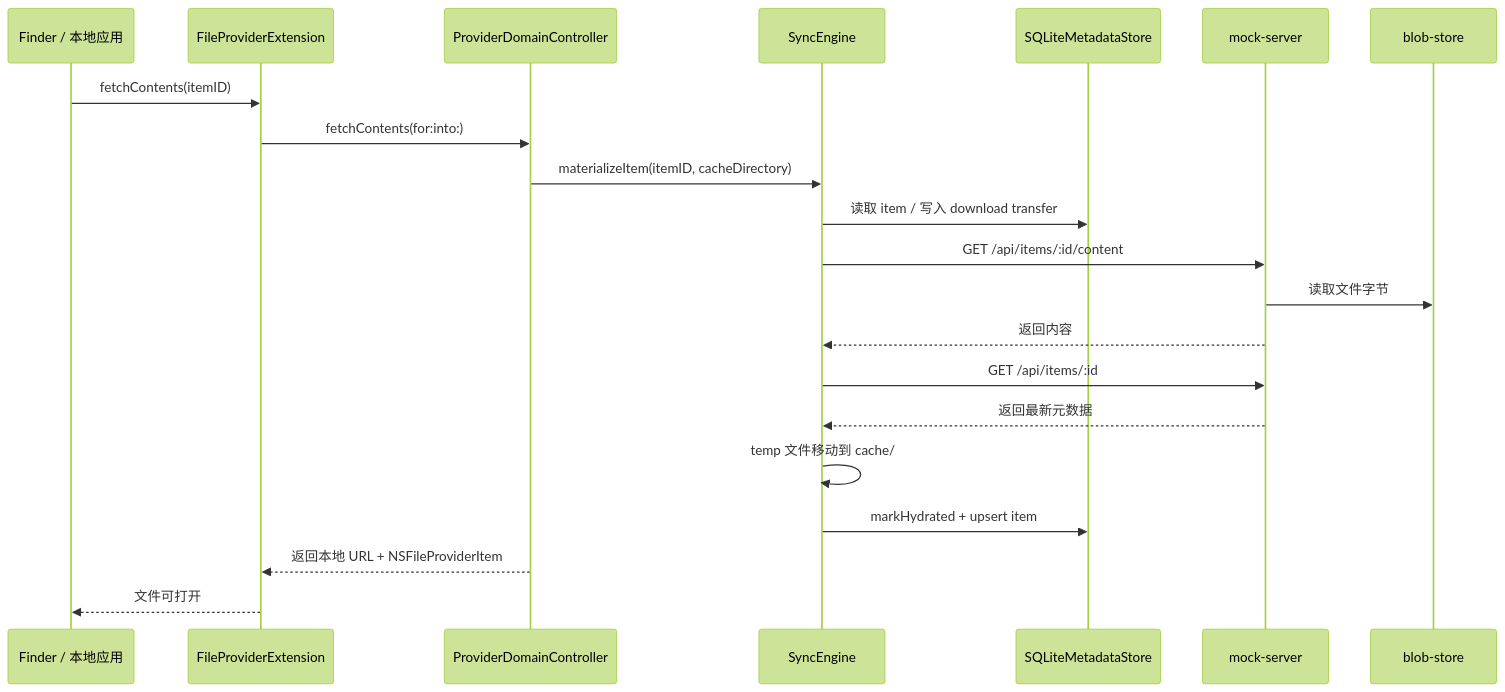
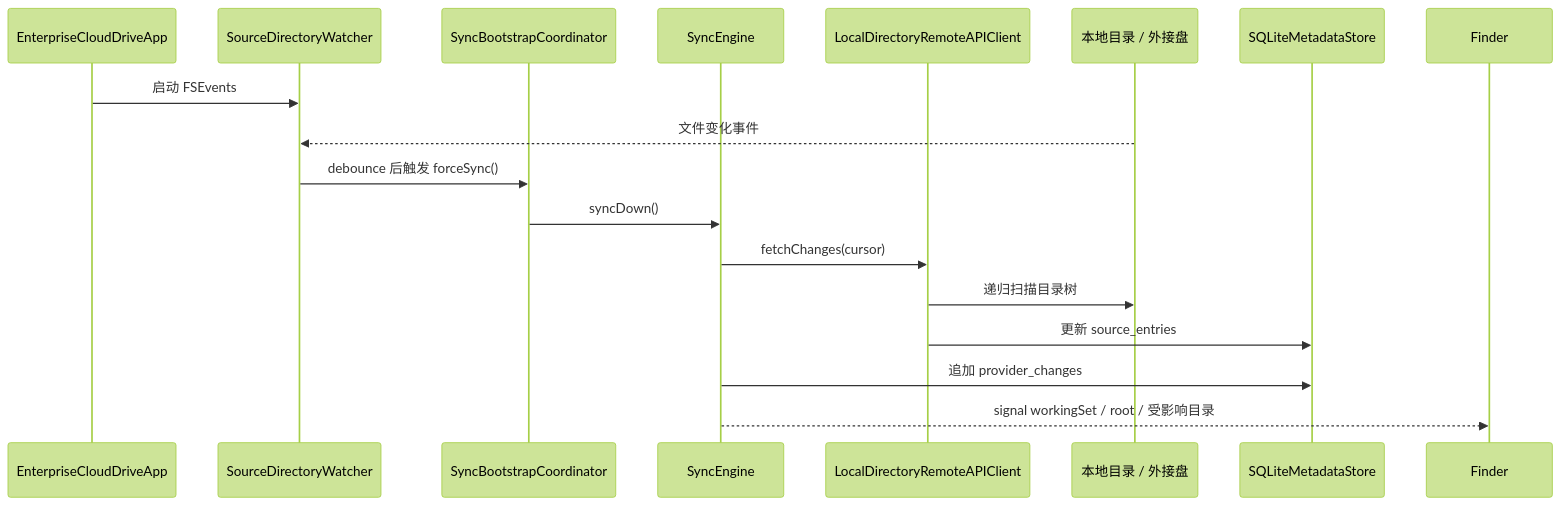
Before and after one commit to peiel/cloud-placeholders: the third of 5 diagrams in docs/architecture.md, drawn with Mermaid (forest theme). The commit also changed other lines of this file and 34 other files, not shown here.

````diff
--- a/docs/architecture.md
+++ b/docs/architecture.md
@@ -70,24 +76,21 @@
 ```mermaid
 sequenceDiagram
-    participant Finder as Finder / 本地应用
-    participant FP as FileProviderExtension
-    participant Ctrl as ProviderDomainController
+    participant App as EnterpriseCloudDriveApp
+    participant Watcher as SourceDirectoryWatcher
+    participant Bootstrap as SyncBootstrapCoordinator
     participant Sync as SyncEngine
-    participant DB as SQLiteMetadataStore
-    participant Server as mock-server
-    participant Blob as blob-store
+    participant Local as LocalDirectoryRemoteAPIClient
+    participant Source as 本地目录 / 外接盘
+    participant Store as SQLiteMetadataStore
+    participant Finder as Finder
 
-    Finder->>FP: fetchContents(itemID)
-    FP->>Ctrl: fetchContents(for:into:)
-    Ctrl->>Sync: materializeItem(itemID, cacheDirectory)
-    Sync->>DB: 读取 item / 写入 download transfer
-    Sync->>Server: GET /api/items/:id/content
-    Server->>Blob: 读取文件字节
-    Server-->>Sync: 返回内容
-    Sync->>Server: GET /api/items/:id
-    Server-->>Sync: 返回最新元数据
-    Sync->>Sync: temp 文件移动到 cache/
-    Sync->>DB: markHydrated + upsert item
-    Ctrl-->>FP: 返回本地 URL + NSFileProviderItem
-    FP-->>Finder: 文件可打开
+    App->>Watcher: 启动 FSEvents
+    Source-->>Watcher: 文件变化事件
+    Watcher->>Bootstrap: debounce 后触发 forceSync()
+    Bootstrap->>Sync: syncDown()
+    Sync->>Local: fetchChanges(cursor)
+    Local->>Source: 递归扫描目录树
+    Local->>Store: 更新 source_entries
+    Sync->>Store: 追加 provider_changes
+    Sync-->>Finder: signal workingSet / root / 受影响目录
 ```
````
